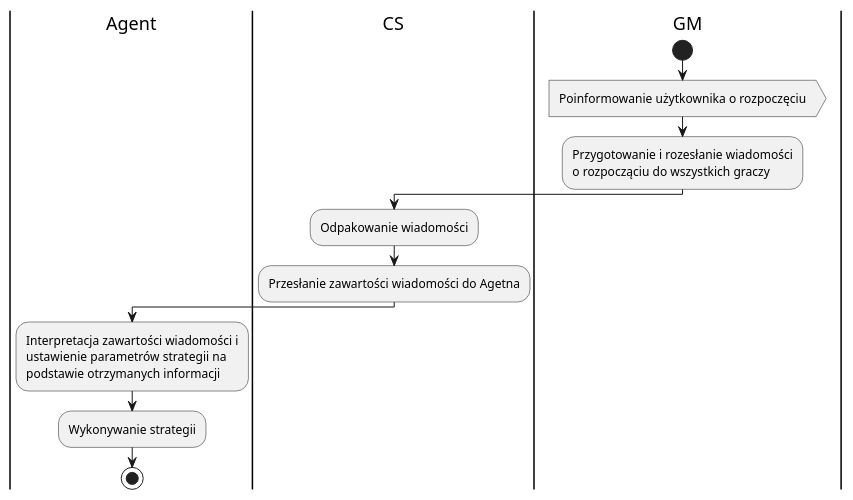
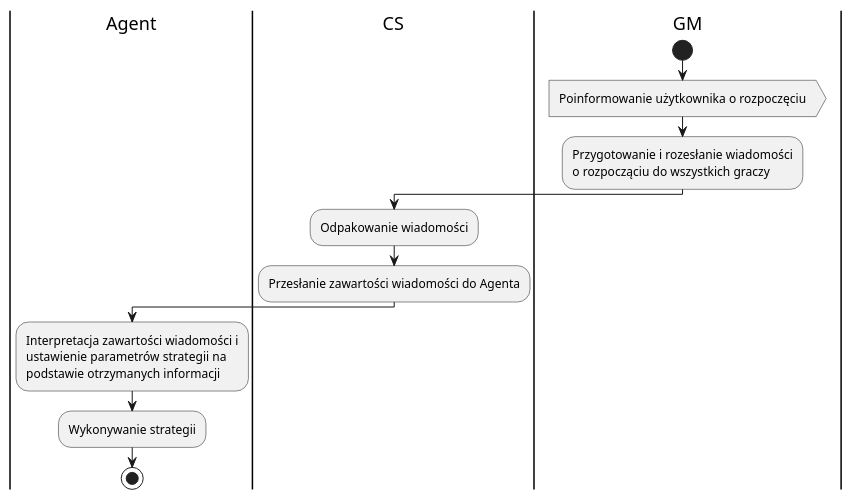
Before and after one commit to MINI-IO/IO-project-game: the diagram in UML/SequenceDiagram/Agent/startGame.puml, drawn with PlantUML.

```diff
--- a/UML/SequenceDiagram/Agent/startGame.puml
+++ b/UML/SequenceDiagram/Agent/startGame.puml
@@ -1,20 +1,20 @@
 @startuml
 skinparam shadowing false
 skinparam monochrome true
 skinparam sequenceGroupBorderThickness 0.5
 |Agent|
 |CS|
 |GM|
 start
 :Poinformowanie użytkownika o rozpoczęciu>
 :Przygotowanie i rozesłanie wiadomości\no rozpocząciu do wszystkich graczy;
 |CS|
 :Odpakowanie wiadomości;
-:Przesłanie zawartości wiadomości do Agetna;
+:Przesłanie zawartości wiadomości do Agenta;
 |Agent|
 :Interpretacja zawartości wiadomości i\nustawienie parametrów strategii na\npodstawie otrzymanych informacji;
 :Wykonywanie strategii;
 stop
 
 
 @enduml
```
